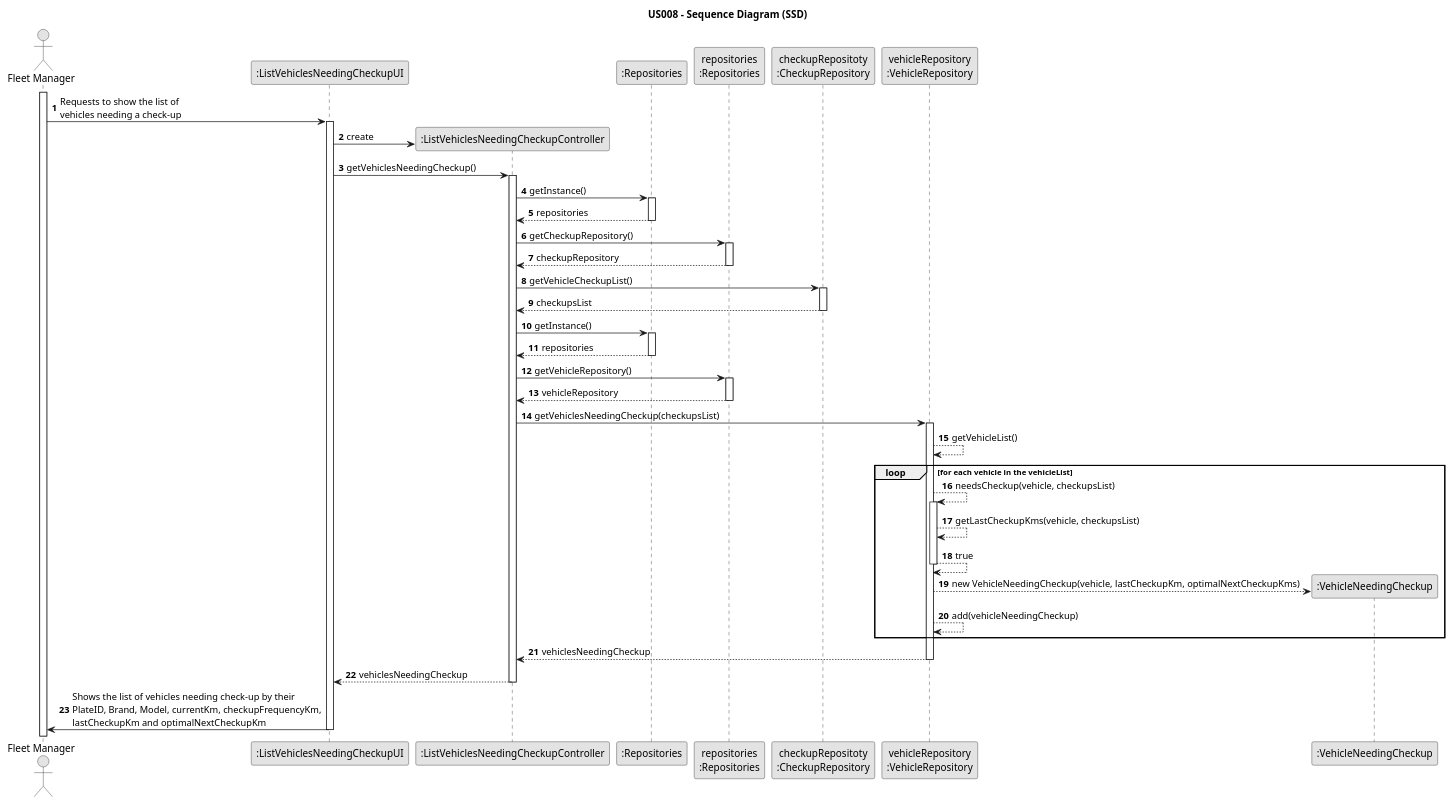
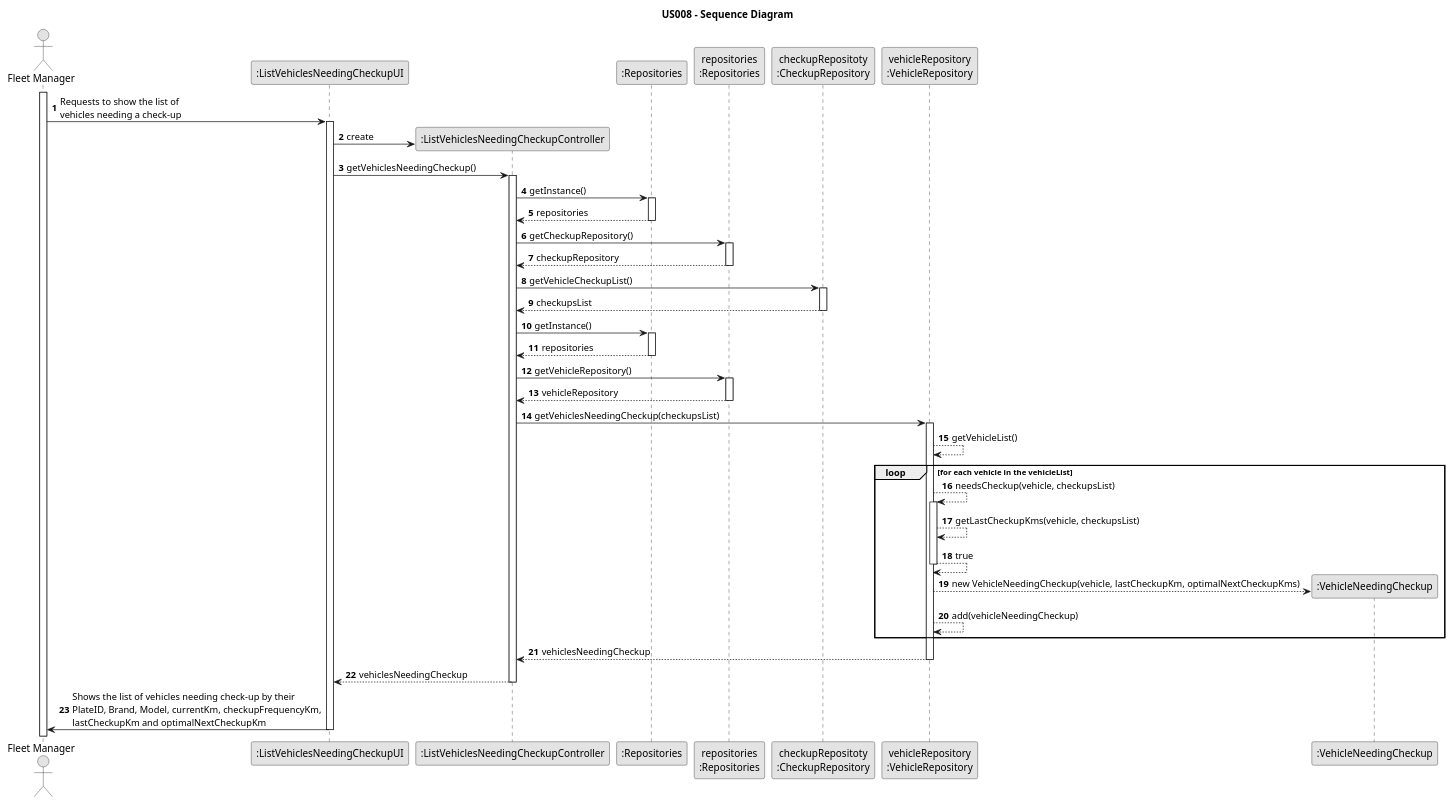
The diagram in docs/sprintB/us008/03.design/puml/us008-sequence-diagram.puml (Rui-San/LAPR2_2023_2024), drawn with PlantUML before and after one commit. The commit also changed 3 other files, not shown here.

Commit message:
US008 - Fixed errors and private/public methods on class diagram and new svg

```diff
--- a/docs/sprintB/us008/03.design/puml/us008-sequence-diagram.puml
+++ b/docs/sprintB/us008/03.design/puml/us008-sequence-diagram.puml
@@ -1,82 +1,82 @@
 @startuml
 skinparam monochrome true
 skinparam packageStyle rectangle
 skinparam shadowing false
 
-title US008 - Sequence Diagram (SSD)
+title US008 - Sequence Diagram
 
 autonumber
 
 actor "Fleet Manager" as Employee
 participant ":ListVehiclesNeedingCheckupUI" as UI
 participant ":ListVehiclesNeedingCheckupController" as CTRL
 participant ":Repositories" as Repos
 participant "repositories\n:Repositories" as PLAT
 participant "checkupRepositoty\n:CheckupRepository" as CheckupRepo
 participant "vehicleRepository\n:VehicleRepository" as VRepo
 participant ":VehicleNeedingCheckup" as VehicleNeedCheckup
 
 activate Employee
     Employee -> UI : Requests to show the list of \nvehicles needing a check-up
     activate UI
 
         UI -> CTRL** : create
         UI -> CTRL : getVehiclesNeedingCheckup()
         activate CTRL
 
             CTRL -> Repos : getInstance()
             activate Repos
 
                 Repos --> CTRL : repositories
             deactivate Repos
 
             CTRL -> PLAT : getCheckupRepository()
             activate PLAT
 
                 PLAT --> CTRL : checkupRepository
             deactivate PLAT
 
             CTRL -> CheckupRepo : getVehicleCheckupList()
             activate CheckupRepo
 
                 CheckupRepo --> CTRL : checkupsList
             deactivate CheckupRepo
 
             CTRL -> Repos : getInstance()
             activate Repos
 
                 Repos --> CTRL : repositories
             deactivate Repos
 
             CTRL -> PLAT : getVehicleRepository()
             activate PLAT
 
                 PLAT --> CTRL : vehicleRepository
             deactivate PLAT
 
             CTRL-> VRepo : getVehiclesNeedingCheckup(checkupsList)
             activate VRepo
 
                 VRepo --> VRepo : getVehicleList()
 
                 loop for each vehicle in the vehicleList
                     VRepo --> VRepo : needsCheckup(vehicle, checkupsList)
                     activate VRepo
 
                         VRepo --> VRepo : getLastCheckupKms(vehicle, checkupsList)
                         VRepo --> VRepo : true
                     deactivate VRepo
 
                         VRepo --> VehicleNeedCheckup** : new VehicleNeedingCheckup(vehicle, lastCheckupKm, optimalNextCheckupKms)
                     VRepo --> VRepo : add(vehicleNeedingCheckup)
                 end loop
                 VRepo --> CTRL : vehiclesNeedingCheckup
             deactivate VRepo
             CTRL --> UI : vehiclesNeedingCheckup
         deactivate CTRL
 
         UI -> Employee : Shows the list of vehicles needing check-up by their\nPlateID, Brand, Model, currentKm, checkupFrequencyKm,\nlastCheckupKm and optimalNextCheckupKm
 
     deactivate UI
 
 @enduml
```
